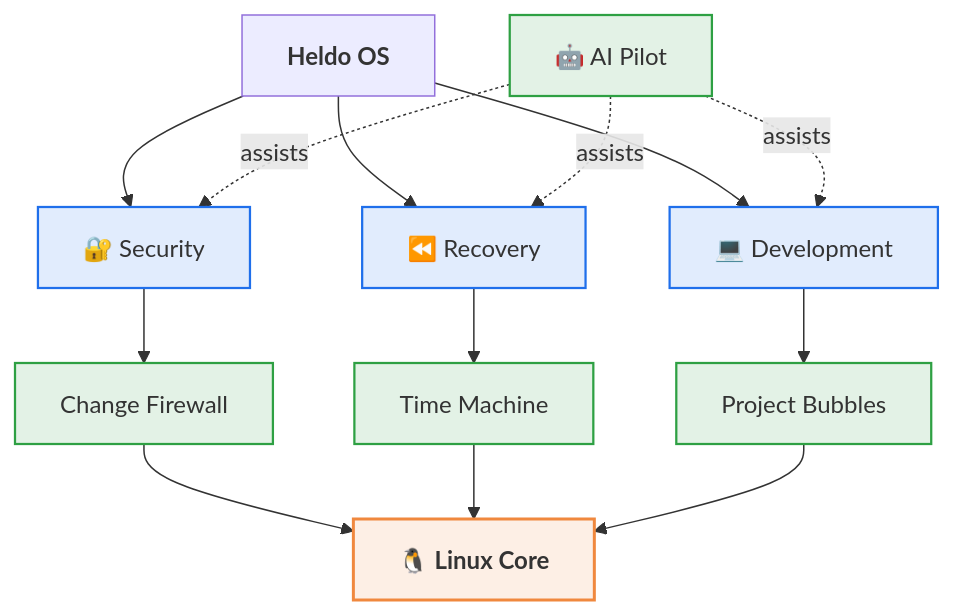
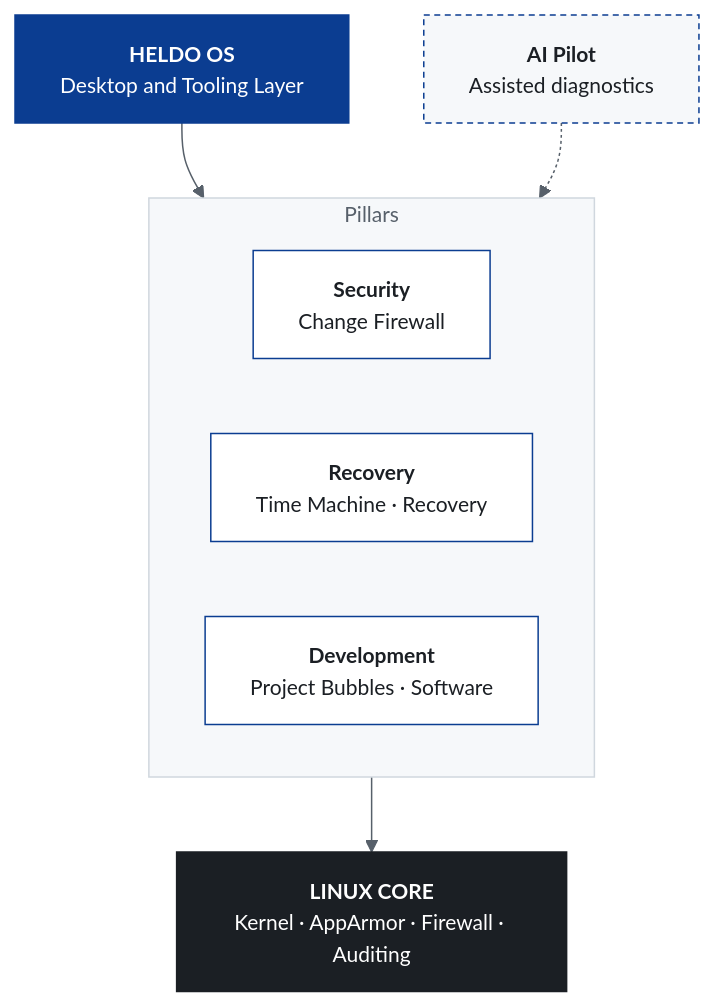
One commit to HeldoOS/Heldo-Linux-OS changed the diagram in README.md. Above: the diagram before and after it, drawn with Mermaid. The commit also changed other lines of this file, not shown here.

````diff
--- a/README.md
+++ b/README.md
@@ -202,29 +112,27 @@
 ```mermaid
-flowchart TD
-    OS["<b>Heldo OS</b>"]
+%%{init: {'theme':'base','themeVariables':{'fontFamily':'Inter, Segoe UI, Arial','fontSize':'14px','primaryColor':'#ffffff','primaryBorderColor':'#0b3d91','primaryTextColor':'#1b1f24','lineColor':'#57606a'}}}%%
+flowchart TB
+    OS["<b>HELDO OS</b><br/>Desktop and Tooling Layer"]
 
-    OS --> SEC["🔐 Security"]
-    OS --> REC["⏪ Recovery"]
-    OS --> DEV["💻 Development"]
+    subgraph P["Pillars"]
+        direction LR
+        SEC["<b>Security</b><br/>Change Firewall"]
+        REC["<b>Recovery</b><br/>Time Machine · Recovery"]
+        DEV["<b>Development</b><br/>Project Bubbles · Software"]
+    end
 
-    SEC --> CF["Change Firewall"]
-    REC --> TM["Time Machine"]
-    DEV --> PB["Project Bubbles"]
+    AI["<b>AI Pilot</b><br/>Assisted diagnostics"]
+    CORE["<b>LINUX CORE</b><br/>Kernel · AppArmor · Firewall · Auditing"]
 
-    CF --> CORE
-    TM --> CORE
-    PB --> CORE
+    OS --> P
+    AI -.-> P
+    P --> CORE
 
-    CORE["🐧 <b>Linux Core</b>"]
-
-    AI["🤖 AI Pilot"] -.assists.-> SEC
-    AI -.assists.-> REC
-    AI -.assists.-> DEV
-
-    classDef pillar fill:#1f6feb22,stroke:#1f6feb,stroke-width:1.5px;
-    classDef tool fill:#2ea04322,stroke:#2ea043,stroke-width:1.5px;
-    classDef core fill:#f0883e22,stroke:#f0883e,stroke-width:2px;
-    class SEC,REC,DEV pillar;
-    class CF,TM,PB,AI tool;
-    class CORE core;
+    style OS fill:#0b3d91,stroke:#0b3d91,color:#ffffff
+    style CORE fill:#1b1f24,stroke:#1b1f24,color:#ffffff
+    style AI fill:#f6f8fa,stroke:#0b3d91,stroke-dasharray: 4 3,color:#1b1f24
+    style SEC fill:#ffffff,stroke:#0b3d91,color:#1b1f24
+    style REC fill:#ffffff,stroke:#0b3d91,color:#1b1f24
+    style DEV fill:#ffffff,stroke:#0b3d91,color:#1b1f24
+    style P fill:#f6f8fa,stroke:#d0d7de,color:#57606a
 ```
````
